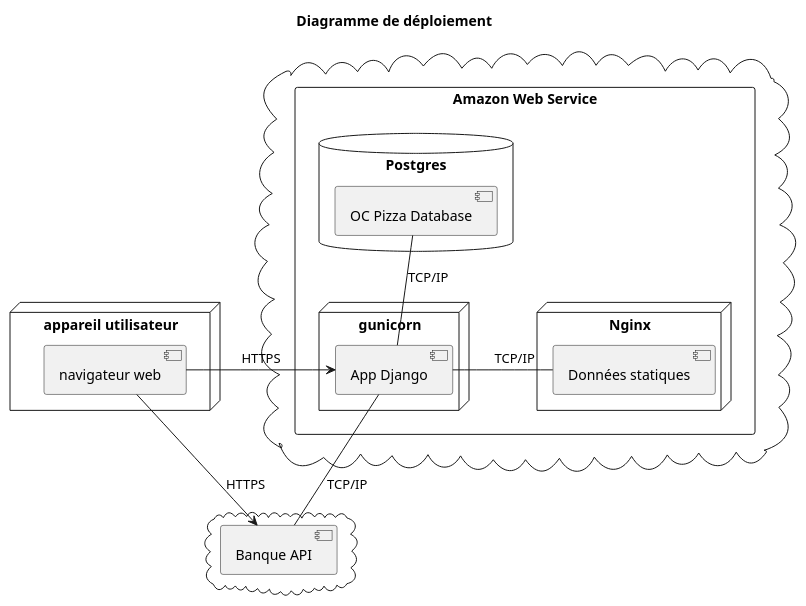
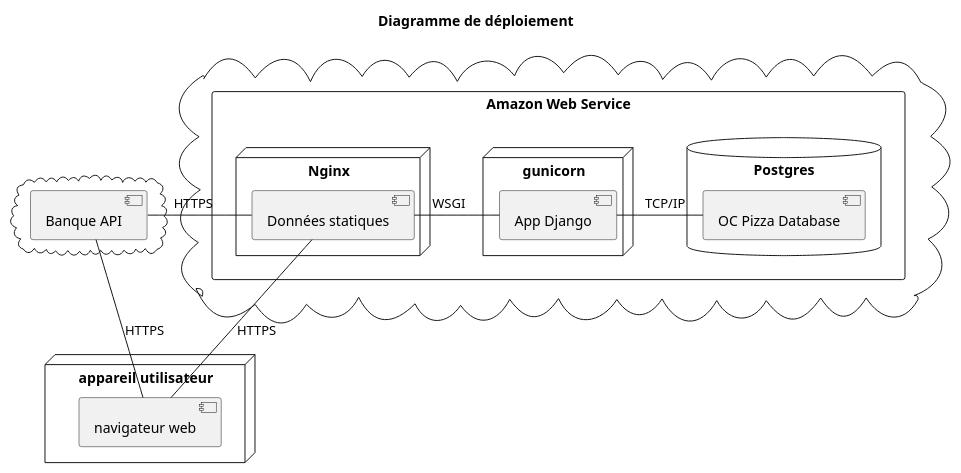
Before and after one commit to Zepmanbc/oc_dapython_pr6: the diagram in doc/uml/09_diagram_deployment.puml, drawn with PlantUML. The commit also changed 6 other files, not shown here.

Commit message:
finalisation de demarche.md correction des diagrammes

```diff
--- a/doc/uml/09_diagram_deployment.puml
+++ b/doc/uml/09_diagram_deployment.puml
@@ -1,37 +1,33 @@
 @startuml 09_diagram_deployment
 title Diagramme de déploiement
 
-
+cloud {
+    [Banque API]
+}
 node "appareil utilisateur"{
     [navigateur web]
 }
 
 cloud {
     rectangle "Amazon Web Service"{
+        database "Postgres"{
+            ["OC Pizza Database"]
+        }
         node gunicorn {
             ["App Django"]
         }
         node Nginx{
             ["Données statiques"]
         }
-        database "Postgres"{
-        ["OC Pizza Database"]
     }
-    
-}
-}
-cloud {
-    [Banque API]
 }
 
-[navigateur web] -> ["App Django"] : "           HTTPS           "
 
-[navigateur web] --> [Banque API] : "HTTPS"
+[Banque API] - ["Données statiques"] : "HTTPS    "
+[Banque API] -- [navigateur web] : "HTTPS"
+["Données statiques"] - ["App Django"] : "WSGI     "
+["App Django"] - ["OC Pizza Database"] : "   TCP/IP"
 
-["App Django"] -- [Banque API] : "TCP/IP"
-
-["App Django"] -up- ["OC Pizza Database"] : "TCP/IP"
-
-["App Django"] - ["Données statiques"]: "       TCP/IP"
+["Données statiques"] -- [navigateur web] : HTTPS
 
 @enduml
```
